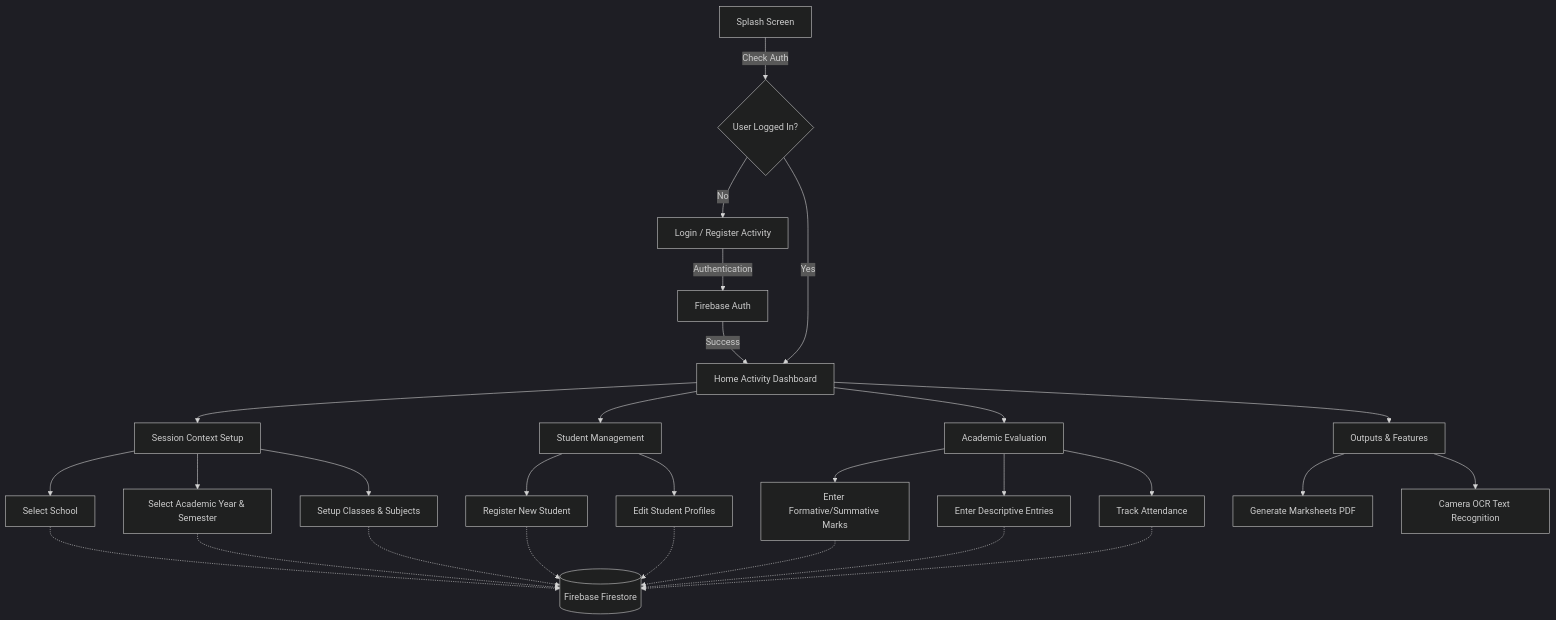
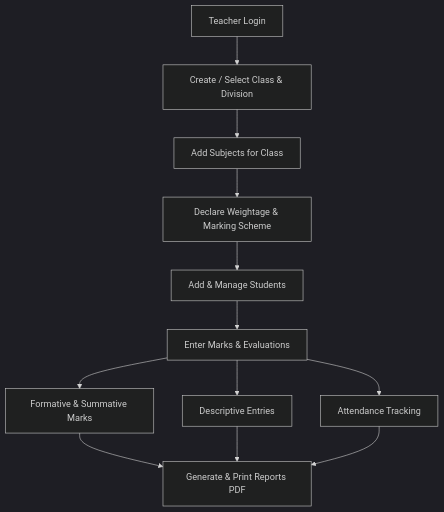
Before and after one commit to Kartik-code2116/myschool: the diagram in README.md, drawn with Mermaid (dark theme). The commit also changed other lines of this file and 1 other file, not shown here.

````diff
--- a/README.md
+++ b/README.md
@@ -34,36 +39,14 @@
 ```mermaid
 graph TD
-    A[Splash Screen] -->|Check Auth| B{User Logged In?}
-    B -->|No| C[Login / Register Activity]
-    C -->|Authentication| Firebase[Firebase Auth]
-    Firebase -->|Success| D[Home Activity Dashboard]
-    B -->|Yes| D
-    
-    D --> E[Session Context Setup]
-    E --> F[Select School]
-    E --> G[Select Academic Year & Semester]
-    E --> H[Setup Classes & Subjects]
-    
-    D --> I[Student Management]
-    I --> J[Register New Student]
-    I --> K[Edit Student Profiles]
-    
-    D --> L[Academic Evaluation]
-    L --> M[Enter Formative/Summative Marks]
-    L --> N[Enter Descriptive Entries]
-    L --> O[Track Attendance]
-    
-    D --> P[Outputs & Features]
-    P --> Q[Generate Marksheets PDF]
-    P --> R[Camera OCR Text Recognition]
-    
-    %% Data Flow
-    F -.-> DB[(Firebase Firestore)]
-    G -.-> DB
-    H -.-> DB
-    J -.-> DB
-    K -.-> DB
-    M -.-> DB
-    N -.-> DB
-    O -.-> DB
+    A[Teacher Login] --> B[Create / Select Class & Division]
+    B --> C[Add Subjects for Class]
+    C --> D[Declare Weightage & Marking Scheme]
+    D --> E[Add & Manage Students]
+    E --> F[Enter Marks & Evaluations]
+    F --> G[Formative & Summative Marks]
+    F --> H[Descriptive Entries]
+    F --> I[Attendance Tracking]
+    G --> J[Generate & Print Reports PDF]
+    H --> J
+    I --> J
 ```
````
